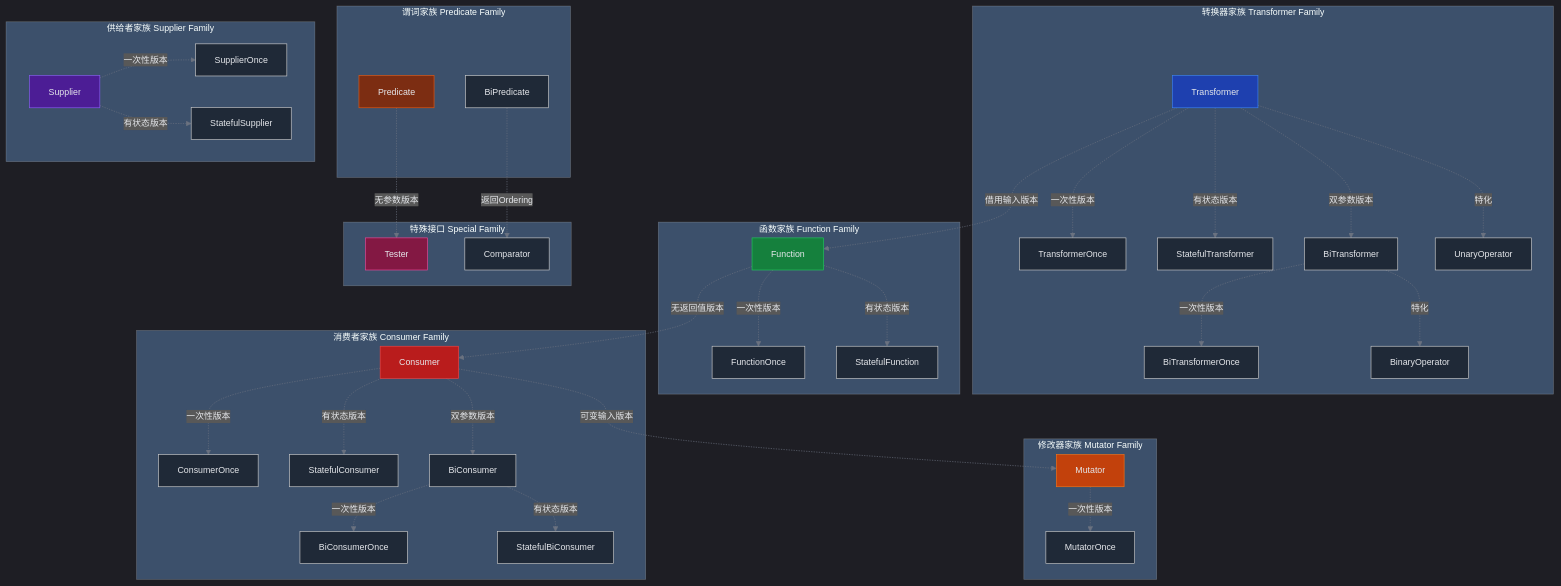
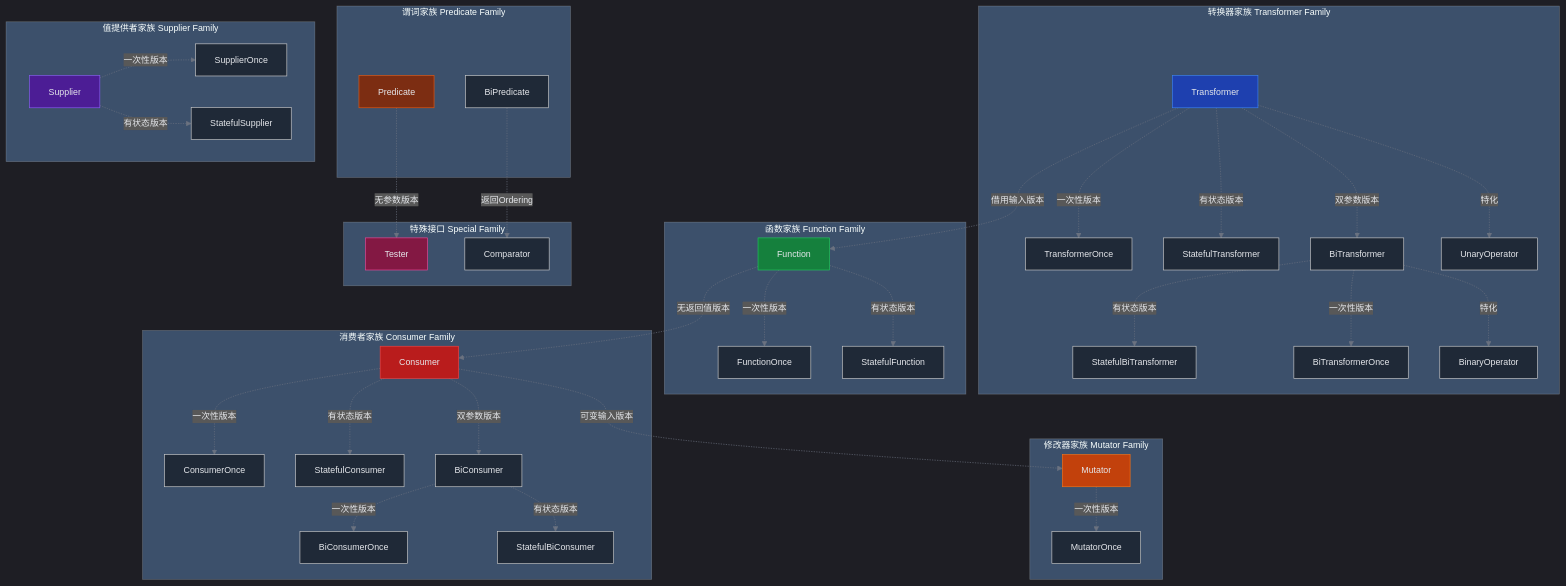
One commit to qubit-ltd/rs-function changed the diagram in doc/crate_design.zh_CN.md. Above: the diagram before and after it, drawn with Mermaid. The commit also changed other lines of this file and 4 other files, not shown here.

```diff
--- a/doc/crate_design.zh_CN.md
+++ b/doc/crate_design.zh_CN.md
@@ -697,7 +727,8 @@
         T2[TransformerOnce<T,R>]
         T3[StatefulTransformer<T,R>]
         T4[BiTransformer<T,U,R>]
-        T5[BiTransformerOnce<T,U,R>]
+        T5[StatefulBiTransformer<T,U,R>]
+        T6[BiTransformerOnce<T,U,R>]
         T1 -.特化.-> U1[UnaryOperator<T>]
         T4 -.特化.-> B1[BinaryOperator<T>]
     end
@@ -727,7 +758,7 @@
         P2[BiPredicate<T,U>]
     end
 
-    subgraph "供给者家族 Supplier Family"
+    subgraph "值提供者家族 Supplier Family"
         S1[Supplier<T>]
         S2[SupplierOnce<T>]
         S3[StatefulSupplier<T>]
@@ -742,7 +773,8 @@
     T1 -.一次性版本.-> T2
     T1 -.有状态版本.-> T3
     T1 -.双参数版本.-> T4
-    T4 -.一次性版本.-> T5
+    T4 -.有状态版本.-> T5
+    T4 -.一次性版本.-> T6
 
     F1 -.一次性版本.-> F2
     F1 -.有状态版本.-> F3
```
